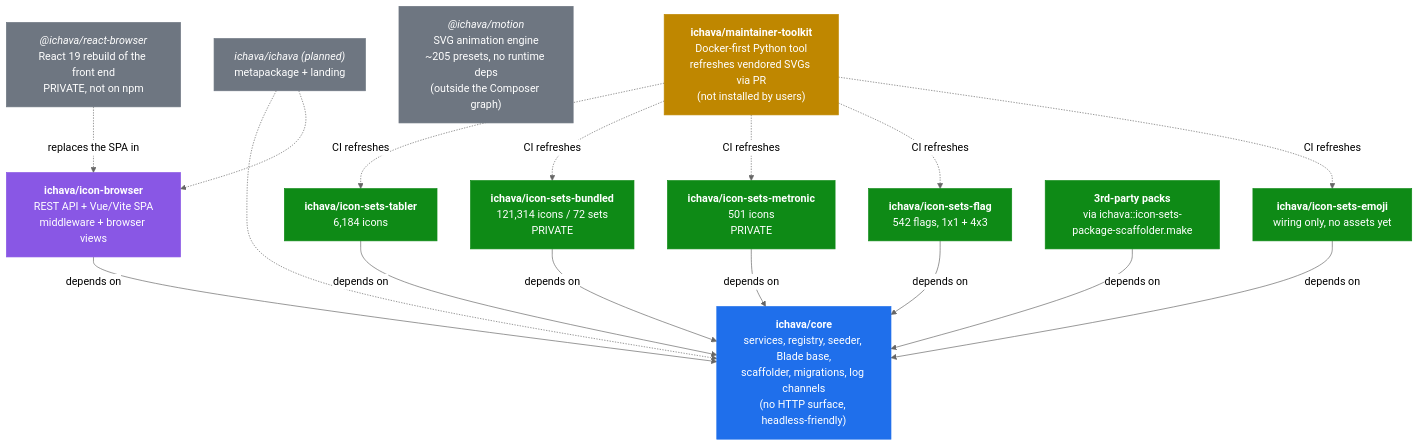
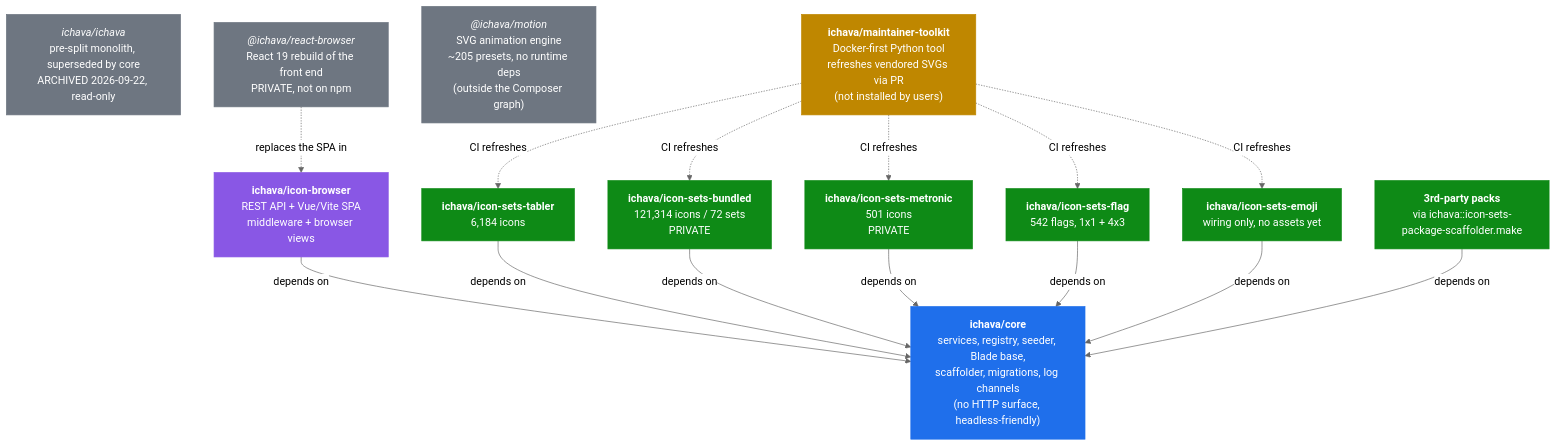
One commit to ichava/core changed the first of 3 diagrams in docs/architecture.md. Above: the diagram before and after it, drawn with Mermaid (neutral theme). The commit also changed 1 other file, not shown here.

Commit message:
docs: drop references to the archived ichava/ichava monolith
Three references, all to a repository archived on 2026-09-22:

- docs/architecture.md drew it as "(planned) metapackage + landing". It is not
  planned; it is the pre-split monolith the current packages replaced. Relabelled
  as archived, and its two dotted dependency edges removed -- the monolith
  predates core and icon-browser and does not depend on them.
- docs/architecture.md's class line still listed a "docs" node for the deleted
  documentation repository. The node went with that sweep; the class reference
  did not, because a bare "docs" matches no pattern aimed at ichava/documentation.
- CONTRIBUTING.md described local development against ichava/ichava and
  laranail/packager. Both names are dead, and the commands directly below it
  already used ../core and package-tools, so only the prose had drifted.

````diff
--- a/docs/architecture.md
+++ b/docs/architecture.md
@@ -27,42 +27,40 @@
 ```mermaid
 flowchart TB
     core["<b>ichava/core</b><br/>services, registry, seeder, Blade base,<br/>scaffolder, migrations, log channels<br/>(no HTTP surface, headless-friendly)"]
     browser["<b>ichava/icon-browser</b><br/>REST API + Vue/Vite SPA<br/>middleware + browser views"]
     tabler["<b>ichava/icon-sets-tabler</b><br/>6,184 icons"]
     bundled["<b>ichava/icon-sets-bundled</b><br/>121,314 icons / 72 sets<br/>PRIVATE"]
     metronic["<b>ichava/icon-sets-metronic</b><br/>501 icons<br/>PRIVATE"]
     flag["<b>ichava/icon-sets-flag</b><br/>542 flags, 1x1 + 4x3"]
     emoji["<b>ichava/icon-sets-emoji</b><br/>wiring only, no assets yet"]
     third["<b>3rd-party packs</b><br/>via ichava::icon-sets-package-scaffolder.make"]
-    meta["<i>ichava/ichava (planned)</i><br/>metapackage + landing"]
+    meta["<i>ichava/ichava</i><br/>pre-split monolith, superseded by core<br/>ARCHIVED 2026-09-22, read-only"]
     toolkit["<b>ichava/maintainer-toolkit</b><br/>Docker-first Python tool<br/>refreshes vendored SVGs via PR<br/>(not installed by users)"]
     motion["<i>@ichava/motion</i><br/>SVG animation engine<br/>~205 presets, no runtime deps<br/>(outside the Composer graph)"]
     react["<i>@ichava/react-browser</i><br/>React 19 rebuild of the front end<br/>PRIVATE, not on npm"]
 
     browser -- depends on --> core
     tabler -- depends on --> core
     bundled -- depends on --> core
     metronic -- depends on --> core
     flag -- depends on --> core
     emoji -- depends on --> core
     third -- depends on --> core
-    meta -.-> core
-    meta -.-> browser
     toolkit -. CI refreshes .-> tabler
     toolkit -. CI refreshes .-> bundled
     toolkit -. CI refreshes .-> metronic
     toolkit -. CI refreshes .-> flag
     toolkit -. CI refreshes .-> emoji
     react -. replaces the SPA in .-> browser
 
     classDef engine fill:#1f6feb,stroke:#1f6feb,color:#fff
     classDef http fill:#8957e5,stroke:#8957e5,color:#fff
     classDef pack fill:#0e8a16,stroke:#0e8a16,color:#fff
     classDef other fill:#6e7681,stroke:#6e7681,color:#fff
     classDef tooling fill:#bf8700,stroke:#bf8700,color:#fff
     class core engine
     class browser http
     class tabler,bundled,metronic,flag,emoji,third pack
-    class docs,meta,motion,react other
+    class meta,motion,react other
     class toolkit tooling
 ```
````
